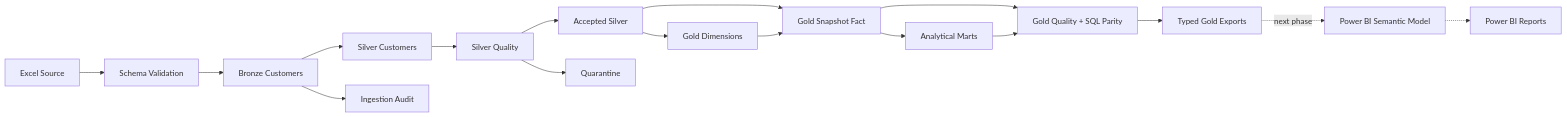
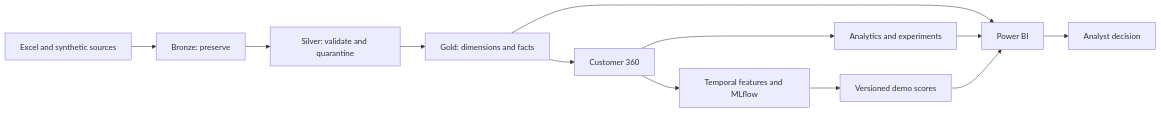
The diagram in README.md (antoniobl10/data-mining), drawn with Mermaid before and after one commit. The commit also changed other lines of this file and 852 other files, not shown here.

````diff
--- a/README.md
+++ b/README.md
@@ -5,19 +17,14 @@
 ```mermaid
 flowchart LR
-    A[Excel Source] --> V[Schema Validation]
-    V --> B[Bronze Customers]
-    B --> C[Silver Customers]
-    C --> Q[Silver Quality]
-    Q --> S[Accepted Silver]
-    Q --> X[Quarantine]
-    B --> AU[Ingestion Audit]
-    S --> D[Gold Dimensions]
-    S --> F[Gold Snapshot Fact]
-    D --> F
-    F --> M[Analytical Marts]
-    F --> GQ[Gold Quality + SQL Parity]
-    M --> GQ
-    GQ --> E[Typed Gold Exports]
-    E -. next phase .-> P[Power BI Semantic Model]
-    P -.-> R[Power BI Reports]
+    S[Excel and synthetic sources] --> B[Bronze: preserve]
+    B --> V[Silver: validate and quarantine]
+    V --> G[Gold: dimensions and facts]
+    G --> C[Customer 360]
+    C --> A[Analytics and experiments]
+    C --> M[Temporal features and MLflow]
+    M --> P[Versioned demo scores]
+    G --> BI[Power BI]
+    A --> BI
+    P --> BI
+    BI --> D[Analyst decision]
 ```
````
